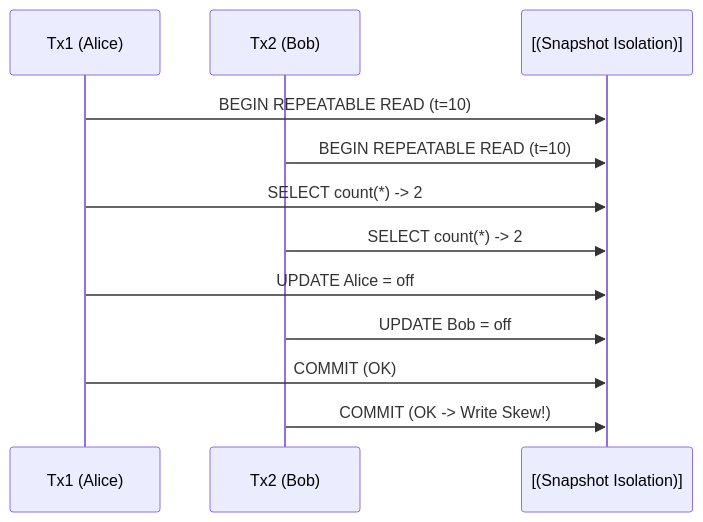
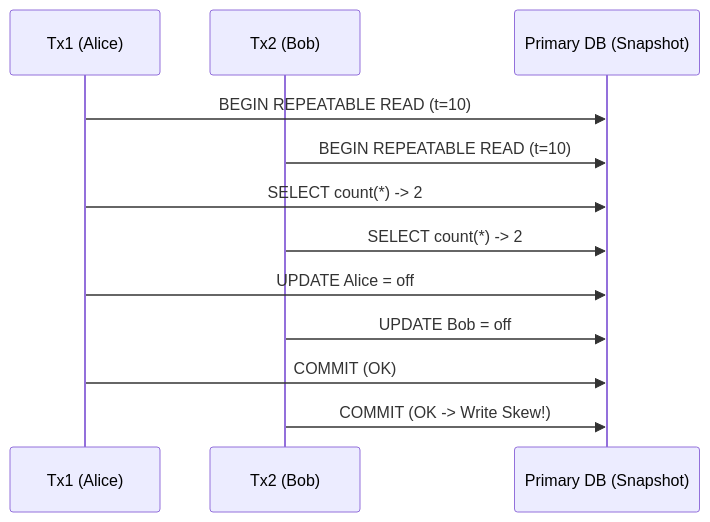
One commit to stack-shade/courses changed the diagram in courses/system-design/slides/13-transactions-isolation.md. Above: the diagram before and after it, drawn with Mermaid. The commit also changed 65 other files, not shown here.

Commit message:
Animate all 40 visuals, embed live sims inline, and fix/retheme all Mermaid diagrams

````diff
--- a/courses/system-design/slides/13-transactions-isolation.md
+++ b/courses/system-design/slides/13-transactions-isolation.md
@@ -50,14 +50,14 @@
 ```mermaid
 sequenceDiagram
   participant T1 as Tx1 (Alice)
   participant T2 as Tx2 (Bob)
-  participant DB as [(Snapshot Isolation)]
+  participant DB as Primary DB (Snapshot)
   T1->>DB: BEGIN REPEATABLE READ (t=10)
   T2->>DB: BEGIN REPEATABLE READ (t=10)
   T1->>DB: SELECT count(*) -> 2
   T2->>DB: SELECT count(*) -> 2
   T1->>DB: UPDATE Alice = off
   T2->>DB: UPDATE Bob = off
   T1->>DB: COMMIT (OK)
   T2->>DB: COMMIT (OK -> Write Skew!)
 ```
````
